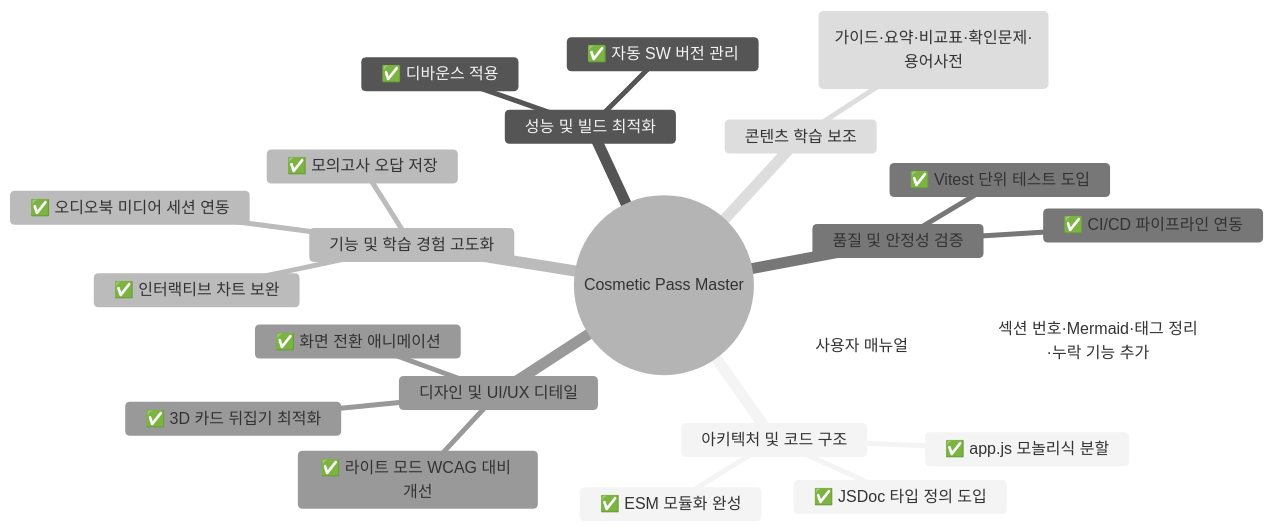
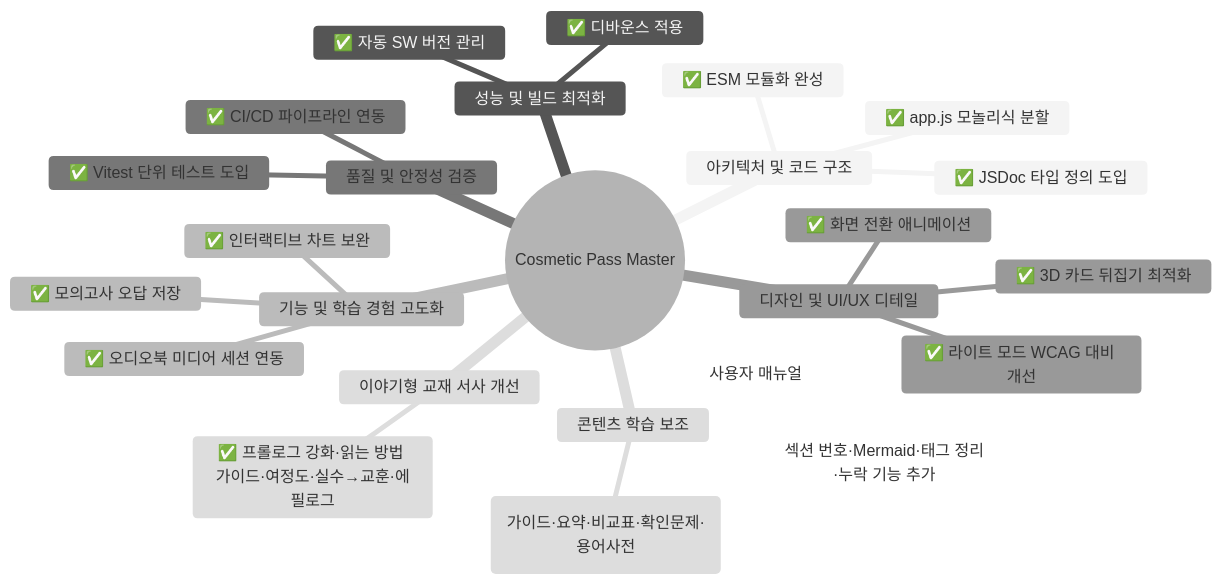
The diagram in docs/dev/IMPROVEMENTS_REPORT.md (skygoldlee-cyber/Personalized_Skincare), drawn with Mermaid (neutral theme) before and after one commit. The commit also changed other lines of this file and 2 other files, not shown here.

````diff
--- a/docs/dev/IMPROVEMENTS_REPORT.md
+++ b/docs/dev/IMPROVEMENTS_REPORT.md
@@ -23,26 +25,28 @@
 ```mermaid
 mindmap
   root((Cosmetic Pass Master))
     아키텍처 및 코드 구조
       ✅ app.js 모놀리식 분할
       ✅ ESM 모듈화 완성
       ✅ JSDoc 타입 정의 도입
     성능 및 빌드 최적화
       ✅ 디바운스 적용
       ✅ 자동 SW 버전 관리
     기능 및 학습 경험 고도화
       ✅ 모의고사 오답 저장
       ✅ 오디오북 미디어 세션 연동
       ✅ 인터랙티브 차트 보완
     품질 및 안정성 검증
       ✅ Vitest 단위 테스트 도입
       ✅ CI/CD 파이프라인 연동
     디자인 및 UI/UX 디테일
       ✅ 화면 전환 애니메이션
       ✅ 3D 카드 뒤집기 최적화
       ✅ 라이트 모드 WCAG 대비 개선
     콘텐츠 학습 보조
       ✅ 5대 학습 보조 개선 (가이드·요약·비교표·확인문제·용어사전)
     사용자 매뉴얼
       ✅ 전면 재정리 (섹션 번호·Mermaid·태그 정리·누락 기능 추가)
+    이야기형 교재 서사 개선
+      ✅ 프롤로그 강화·읽는 방법 가이드·여정도·실수→교훈·에필로그
 ```
````
